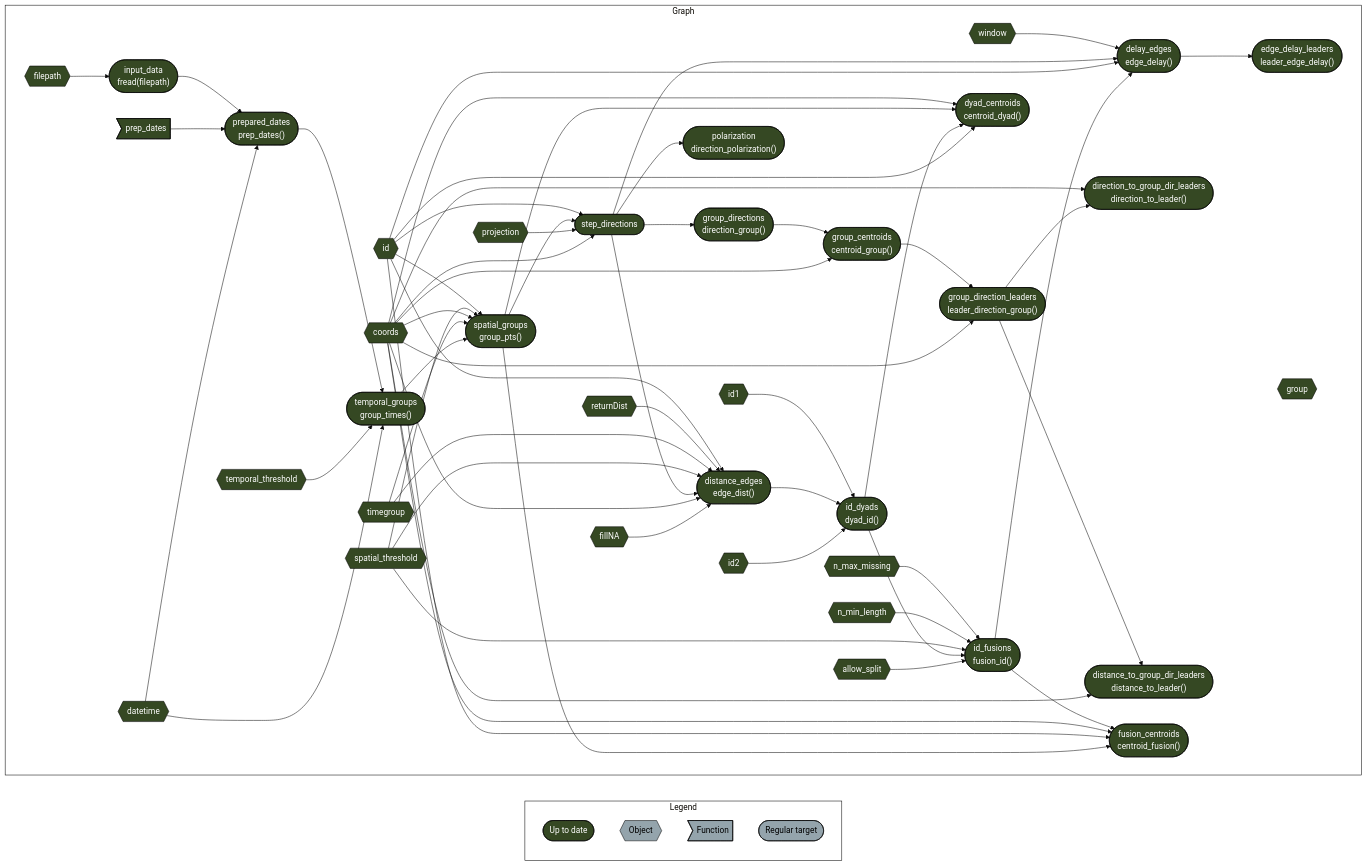
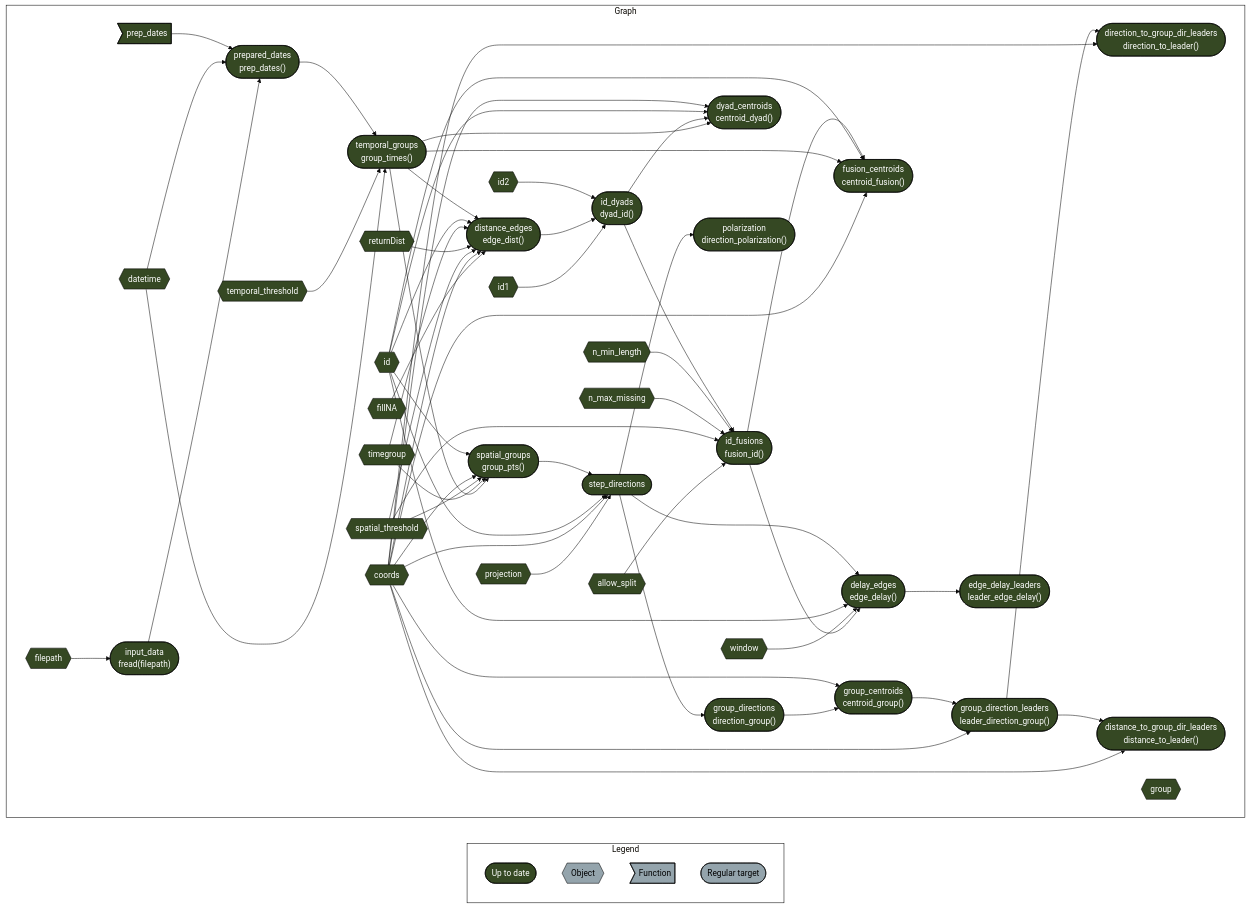
The diagram in README.md (robitalec/targets-spatsoc-intragroup-dynamics), drawn with Mermaid (base theme) before and after one commit.

````diff
--- a/README.md
+++ b/README.md
@@ -10,71 +10,71 @@
 ``` mermaid
 graph LR
   style Legend fill:#FFFFFF00,stroke:#000000;
   style Graph fill:#FFFFFF00,stroke:#000000;
   subgraph Legend
     xf1522833a4d242c5(["Up to date"]):::uptodate
     xbecb13963f49e50b{{"Object"}}:::none
     xeb2d7cac8a1ce544>"Function"]:::none
     xd03d7c7dd2ddda2b(["Regular target"]):::none
   end
   subgraph Graph
     direction LR
     x11880ed5069abb8c(["id_fusions<br>fusion_id()"]):::uptodate --> x3beb570a7cf0e1dc(["delay_edges<br>edge_delay()"]):::uptodate
+    xe40cf9885b1e2908{{"window"}}:::uptodate --> x3beb570a7cf0e1dc(["delay_edges<br>edge_delay()"]):::uptodate
     xc25194a2e4c760d5{{"id"}}:::uptodate --> x3beb570a7cf0e1dc(["delay_edges<br>edge_delay()"]):::uptodate
     x346d09d418e9b158(["step_directions"]):::uptodate --> x3beb570a7cf0e1dc(["delay_edges<br>edge_delay()"]):::uptodate
-    xe40cf9885b1e2908{{"window"}}:::uptodate --> x3beb570a7cf0e1dc(["delay_edges<br>edge_delay()"]):::uptodate
+    xbd740468b493bf05{{"coords"}}:::uptodate --> x82786d09c0fcc8be(["direction_to_group_dir_leaders<br>direction_to_leader()"]):::uptodate
     xb817b55e688fdfc3(["group_direction_leaders<br>leader_direction_group()"]):::uptodate --> x82786d09c0fcc8be(["direction_to_group_dir_leaders<br>direction_to_leader()"]):::uptodate
-    xbd740468b493bf05{{"coords"}}:::uptodate --> x82786d09c0fcc8be(["direction_to_group_dir_leaders<br>direction_to_leader()"]):::uptodate
     xa16877b1adca734b{{"fillNA"}}:::uptodate --> x365b64b036e1db58(["distance_edges<br>edge_dist()"]):::uptodate
     xbd740468b493bf05{{"coords"}}:::uptodate --> x365b64b036e1db58(["distance_edges<br>edge_dist()"]):::uptodate
-    x346d09d418e9b158(["step_directions"]):::uptodate --> x365b64b036e1db58(["distance_edges<br>edge_dist()"]):::uptodate
     x86be964788bf0a62{{"spatial_threshold"}}:::uptodate --> x365b64b036e1db58(["distance_edges<br>edge_dist()"]):::uptodate
+    x7be2e81b00311cea{{"returnDist"}}:::uptodate --> x365b64b036e1db58(["distance_edges<br>edge_dist()"]):::uptodate
     x1a924ae7f0a51246{{"timegroup"}}:::uptodate --> x365b64b036e1db58(["distance_edges<br>edge_dist()"]):::uptodate
-    x7be2e81b00311cea{{"returnDist"}}:::uptodate --> x365b64b036e1db58(["distance_edges<br>edge_dist()"]):::uptodate
     xc25194a2e4c760d5{{"id"}}:::uptodate --> x365b64b036e1db58(["distance_edges<br>edge_dist()"]):::uptodate
+    x1faf6e798011c143(["temporal_groups<br>group_times()"]):::uptodate --> x365b64b036e1db58(["distance_edges<br>edge_dist()"]):::uptodate
     xbd740468b493bf05{{"coords"}}:::uptodate --> xa036b69b269981da(["distance_to_group_dir_leaders<br>distance_to_leader()"]):::uptodate
     xb817b55e688fdfc3(["group_direction_leaders<br>leader_direction_group()"]):::uptodate --> xa036b69b269981da(["distance_to_group_dir_leaders<br>distance_to_leader()"]):::uptodate
+    x1faf6e798011c143(["temporal_groups<br>group_times()"]):::uptodate --> x884798be03ef20d0(["dyad_centroids<br>centroid_dyad()"]):::uptodate
+    xd1855d56aaab0158(["id_dyads<br>dyad_id()"]):::uptodate --> x884798be03ef20d0(["dyad_centroids<br>centroid_dyad()"]):::uptodate
     xc25194a2e4c760d5{{"id"}}:::uptodate --> x884798be03ef20d0(["dyad_centroids<br>centroid_dyad()"]):::uptodate
-    xd1855d56aaab0158(["id_dyads<br>dyad_id()"]):::uptodate --> x884798be03ef20d0(["dyad_centroids<br>centroid_dyad()"]):::uptodate
-    x788f41fdc4e37558(["spatial_groups<br>group_pts()"]):::uptodate --> x884798be03ef20d0(["dyad_centroids<br>centroid_dyad()"]):::uptodate
     xbd740468b493bf05{{"coords"}}:::uptodate --> x884798be03ef20d0(["dyad_centroids<br>centroid_dyad()"]):::uptodate
     x3beb570a7cf0e1dc(["delay_edges<br>edge_delay()"]):::uptodate --> x994414e4774e3751(["edge_delay_leaders<br>leader_edge_delay()"]):::uptodate
-    x788f41fdc4e37558(["spatial_groups<br>group_pts()"]):::uptodate --> x25d985acde8f25cc(["fusion_centroids<br>centroid_fusion()"]):::uptodate
+    xbd740468b493bf05{{"coords"}}:::uptodate --> x25d985acde8f25cc(["fusion_centroids<br>centroid_fusion()"]):::uptodate
+    x1faf6e798011c143(["temporal_groups<br>group_times()"]):::uptodate --> x25d985acde8f25cc(["fusion_centroids<br>centroid_fusion()"]):::uptodate
     xc25194a2e4c760d5{{"id"}}:::uptodate --> x25d985acde8f25cc(["fusion_centroids<br>centroid_fusion()"]):::uptodate
-    xbd740468b493bf05{{"coords"}}:::uptodate --> x25d985acde8f25cc(["fusion_centroids<br>centroid_fusion()"]):::uptodate
     x11880ed5069abb8c(["id_fusions<br>fusion_id()"]):::uptodate --> x25d985acde8f25cc(["fusion_centroids<br>centroid_fusion()"]):::uptodate
+    x1073df0072bfb123(["group_directions<br>direction_group()"]):::uptodate --> x6ba603f6e8293383(["group_centroids<br>centroid_group()"]):::uptodate
     xbd740468b493bf05{{"coords"}}:::uptodate --> x6ba603f6e8293383(["group_centroids<br>centroid_group()"]):::uptodate
-    x1073df0072bfb123(["group_directions<br>direction_group()"]):::uptodate --> x6ba603f6e8293383(["group_centroids<br>centroid_group()"]):::uptodate
     xbd740468b493bf05{{"coords"}}:::uptodate --> xb817b55e688fdfc3(["group_direction_leaders<br>leader_direction_group()"]):::uptodate
     x6ba603f6e8293383(["group_centroids<br>centroid_group()"]):::uptodate --> xb817b55e688fdfc3(["group_direction_leaders<br>leader_direction_group()"]):::uptodate
     x346d09d418e9b158(["step_directions"]):::uptodate --> x1073df0072bfb123(["group_directions<br>direction_group()"]):::uptodate
+    x516429c313e0db0a{{"id1"}}:::uptodate --> xd1855d56aaab0158(["id_dyads<br>dyad_id()"]):::uptodate
+    x365b64b036e1db58(["distance_edges<br>edge_dist()"]):::uptodate --> xd1855d56aaab0158(["id_dyads<br>dyad_id()"]):::uptodate
     x3f91b11005001951{{"id2"}}:::uptodate --> xd1855d56aaab0158(["id_dyads<br>dyad_id()"]):::uptodate
-    x365b64b036e1db58(["distance_edges<br>edge_dist()"]):::uptodate --> xd1855d56aaab0158(["id_dyads<br>dyad_id()"]):::uptodate
-    x516429c313e0db0a{{"id1"}}:::uptodate --> xd1855d56aaab0158(["id_dyads<br>dyad_id()"]):::uptodate
     x925c0ddb7f99c4a5{{"allow_split"}}:::uptodate --> x11880ed5069abb8c(["id_fusions<br>fusion_id()"]):::uptodate
+    x86be964788bf0a62{{"spatial_threshold"}}:::uptodate --> x11880ed5069abb8c(["id_fusions<br>fusion_id()"]):::uptodate
+    x96ee942bed2f2986{{"n_max_missing"}}:::uptodate --> x11880ed5069abb8c(["id_fusions<br>fusion_id()"]):::uptodate
+    x073b67df0dc1a8ce{{"n_min_length"}}:::uptodate --> x11880ed5069abb8c(["id_fusions<br>fusion_id()"]):::uptodate
     xd1855d56aaab0158(["id_dyads<br>dyad_id()"]):::uptodate --> x11880ed5069abb8c(["id_fusions<br>fusion_id()"]):::uptodate
-    x86be964788bf0a62{{"spatial_threshold"}}:::uptodate --> x11880ed5069abb8c(["id_fusions<br>fusion_id()"]):::uptodate
-    x073b67df0dc1a8ce{{"n_min_length"}}:::uptodate --> x11880ed5069abb8c(["id_fusions<br>fusion_id()"]):::uptodate
-    x96ee942bed2f2986{{"n_max_missing"}}:::uptodate --> x11880ed5069abb8c(["id_fusions<br>fusion_id()"]):::uptodate
     x251c0fecf340765b{{"filepath"}}:::uptodate --> x769da6568e9cd872(["input_data<br>fread(filepath)"]):::uptodate
     x346d09d418e9b158(["step_directions"]):::uptodate --> x834929c790cf2d7b(["polarization<br>direction_polarization()"]):::uptodate
+    x769da6568e9cd872(["input_data<br>fread(filepath)"]):::uptodate --> x74f74fb4673261e6(["prepared_dates<br>prep_dates()"]):::uptodate
     xe1070fbd6d46a47b{{"datetime"}}:::uptodate --> x74f74fb4673261e6(["prepared_dates<br>prep_dates()"]):::uptodate
     xd135a9eb46727432>"prep_dates"]:::uptodate --> x74f74fb4673261e6(["prepared_dates<br>prep_dates()"]):::uptodate
-    x769da6568e9cd872(["input_data<br>fread(filepath)"]):::uptodate --> x74f74fb4673261e6(["prepared_dates<br>prep_dates()"]):::uptodate
     x1faf6e798011c143(["temporal_groups<br>group_times()"]):::uptodate --> x788f41fdc4e37558(["spatial_groups<br>group_pts()"]):::uptodate
     x1a924ae7f0a51246{{"timegroup"}}:::uptodate --> x788f41fdc4e37558(["spatial_groups<br>group_pts()"]):::uptodate
+    x86be964788bf0a62{{"spatial_threshold"}}:::uptodate --> x788f41fdc4e37558(["spatial_groups<br>group_pts()"]):::uptodate
     xbd740468b493bf05{{"coords"}}:::uptodate --> x788f41fdc4e37558(["spatial_groups<br>group_pts()"]):::uptodate
-    x86be964788bf0a62{{"spatial_threshold"}}:::uptodate --> x788f41fdc4e37558(["spatial_groups<br>group_pts()"]):::uptodate
     xc25194a2e4c760d5{{"id"}}:::uptodate --> x788f41fdc4e37558(["spatial_groups<br>group_pts()"]):::uptodate
+    x077cfe721406740b{{"projection"}}:::uptodate --> x346d09d418e9b158(["step_directions"]):::uptodate
     xbd740468b493bf05{{"coords"}}:::uptodate --> x346d09d418e9b158(["step_directions"]):::uptodate
-    x077cfe721406740b{{"projection"}}:::uptodate --> x346d09d418e9b158(["step_directions"]):::uptodate
+    xc25194a2e4c760d5{{"id"}}:::uptodate --> x346d09d418e9b158(["step_directions"]):::uptodate
     x788f41fdc4e37558(["spatial_groups<br>group_pts()"]):::uptodate --> x346d09d418e9b158(["step_directions"]):::uptodate
-    xc25194a2e4c760d5{{"id"}}:::uptodate --> x346d09d418e9b158(["step_directions"]):::uptodate
     xe1070fbd6d46a47b{{"datetime"}}:::uptodate --> x1faf6e798011c143(["temporal_groups<br>group_times()"]):::uptodate
     x7691bca923fa768d{{"temporal_threshold"}}:::uptodate --> x1faf6e798011c143(["temporal_groups<br>group_times()"]):::uptodate
     x74f74fb4673261e6(["prepared_dates<br>prep_dates()"]):::uptodate --> x1faf6e798011c143(["temporal_groups<br>group_times()"]):::uptodate
     xfeaff7c1bc5fe2e5{{"group"}}:::uptodate
   end
   classDef uptodate stroke:#000000,color:#ffffff,fill:#354823;
   classDef none stroke:#000000,color:#000000,fill:#94a4ac;
 ```
````
